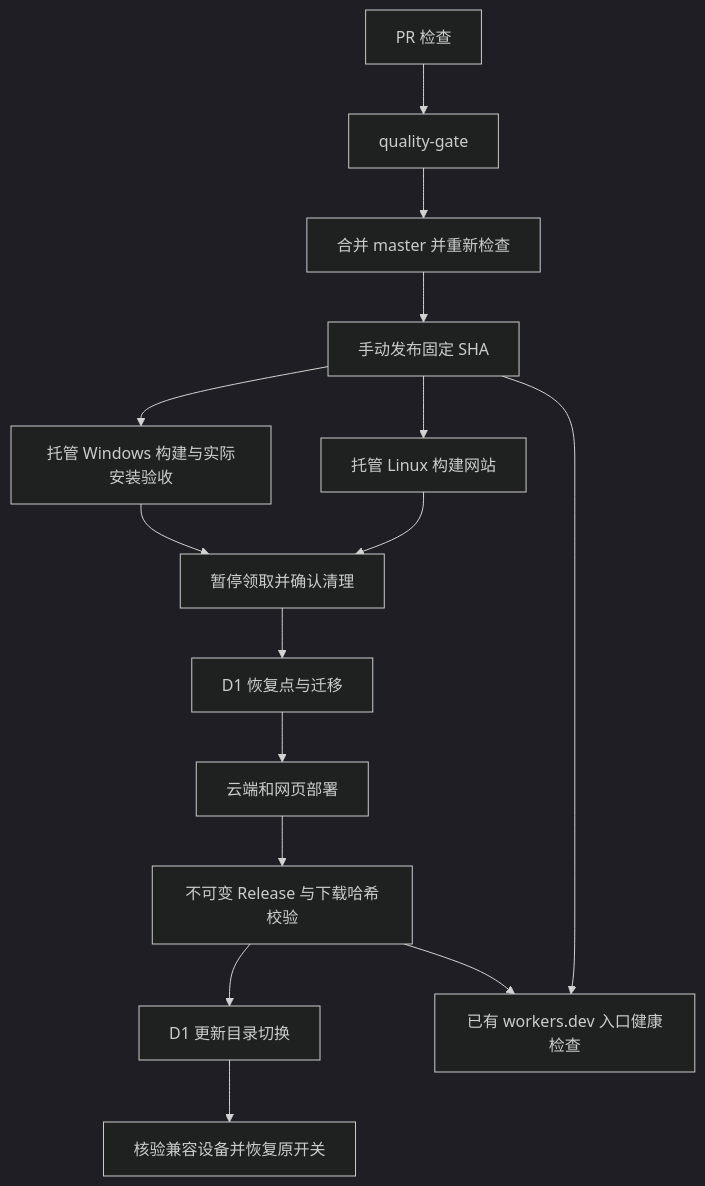
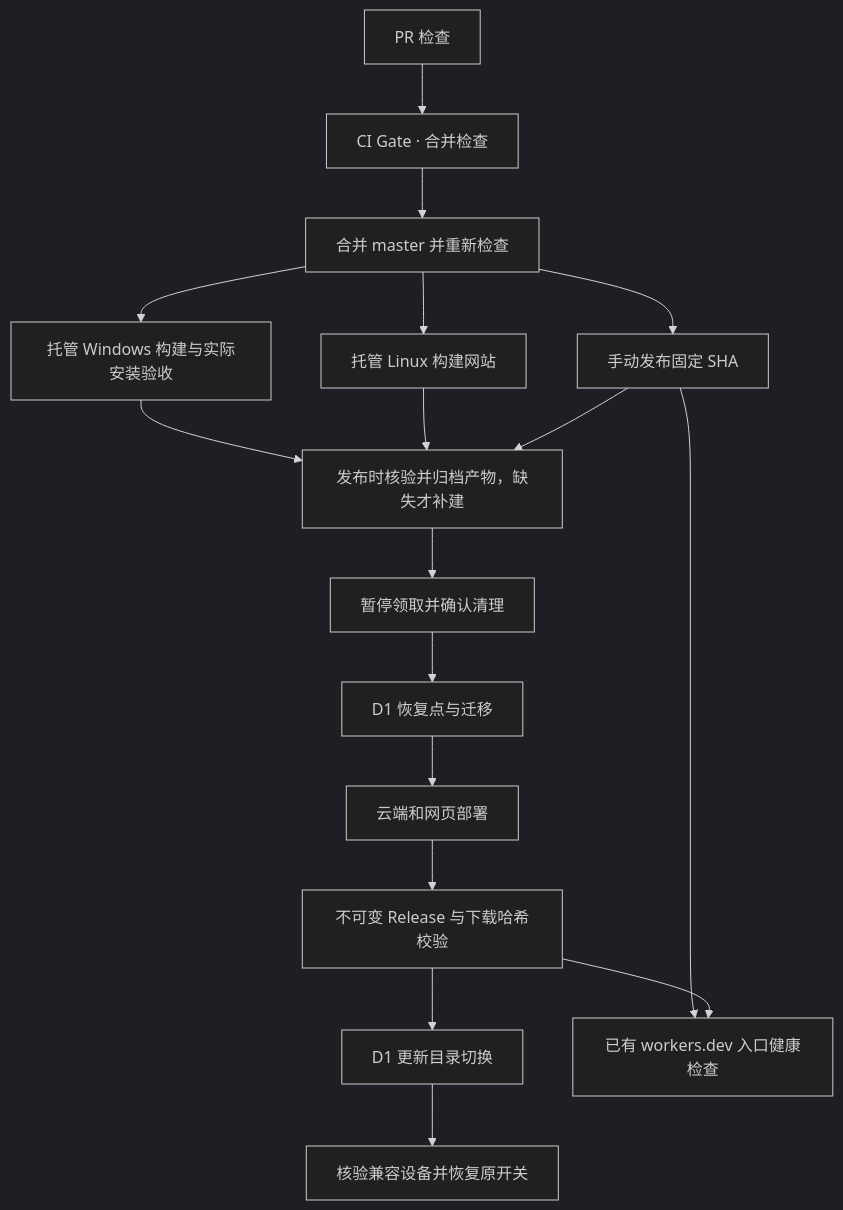
One commit to zhangheng2022/taskrelay changed the diagram in docs/ARCHITECTURE.md. Above: the diagram before and after it, drawn with Mermaid (dark theme). The commit also changed other lines of this file and 31 other files, not shown here.

````diff
--- a/docs/ARCHITECTURE.md
+++ b/docs/ARCHITECTURE.md
@@ -5,17 +5,19 @@
 ```mermaid
 flowchart TD
-    PR[PR 检查] --> G[quality-gate]
+    PR[PR 检查] --> G[CI Gate · 合并检查]
     G --> M[合并 master 并重新检查]
     M --> R[手动发布固定 SHA]
-    R --> W[托管 Windows 构建与实际安装验收]
-    R --> B[托管 Linux 构建网站]
-    W --> P[暂停领取并确认清理]
-    B --> P
+    M --> W[托管 Windows 构建与实际安装验收]
+    M --> B[托管 Linux 构建网站]
+    W --> V[发布时核验并归档产物，缺失才补建]
+    B --> V
+    R --> V
+    V --> P[暂停领取并确认清理]
     P --> D[D1 恢复点与迁移]
     D --> C[云端和网页部署]
     C --> A[不可变 Release 与下载哈希校验]
     A --> U[D1 更新目录切换]
     U --> E[核验兼容设备并恢复原开关]
     R --> H[已有 workers.dev 入口健康检查]
     A --> H
 ```
````
